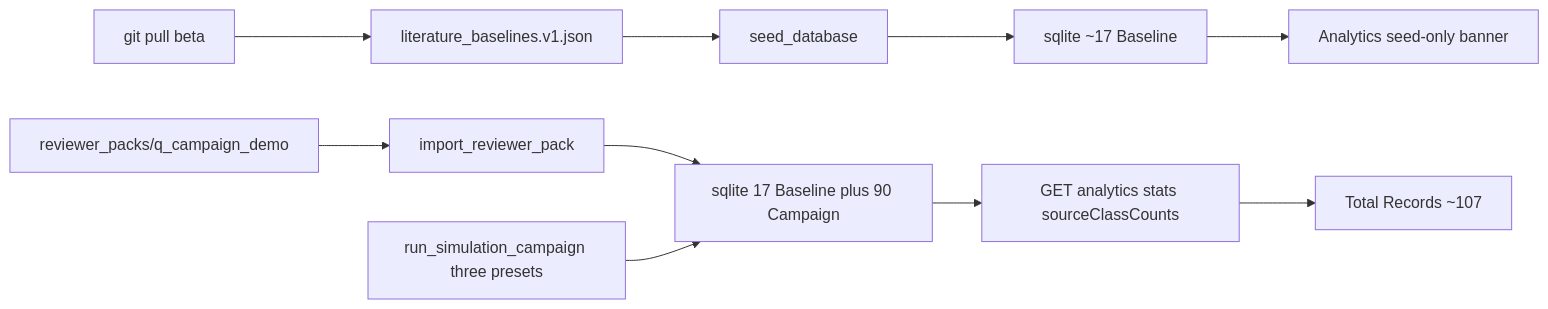
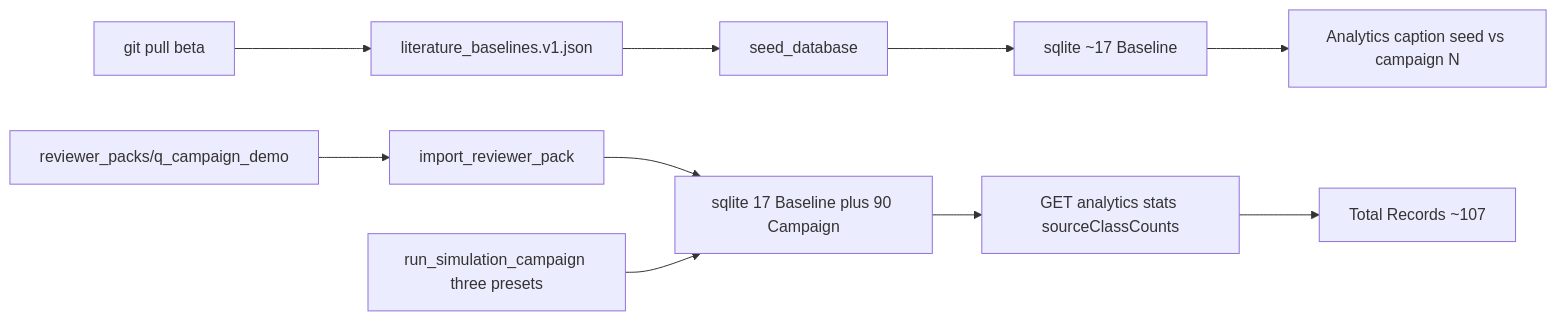
One commit to ConsciousEnergy/lenr_sim_app changed the diagram in docs/ARCHITECTURE/ANALYTICS_PACK_HYDRATE_2026-08-26.md. Above: the diagram before and after it, drawn with Mermaid. The commit also changed 4 other files, not shown here.

First line of the commit message:
feat(analytics): remove seed-only CLI warning banner

````diff
--- a/docs/ARCHITECTURE/ANALYTICS_PACK_HYDRATE_2026-08-26.md
+++ b/docs/ARCHITECTURE/ANALYTICS_PACK_HYDRATE_2026-08-26.md
@@ -10,12 +10,12 @@
 ```mermaid
 flowchart LR
   gitPull["git pull beta"] --> jsonSeeds["literature_baselines.v1.json"]
   jsonSeeds --> seedCli["seed_database"]
   seedCli --> sql17["sqlite ~17 Baseline"]
-  sql17 --> banner["Analytics seed-only banner"]
+  sql17 --> caption["Analytics caption seed vs campaign N"]
   demo["reviewer_packs/q_campaign_demo"] --> importCli["import_reviewer_pack"]
   importCli --> sql107["sqlite 17 Baseline plus 90 Campaign"]
   sql107 --> stats["GET analytics stats sourceClassCounts"]
   stats --> ui["Total Records ~107"]
   live["run_simulation_campaign three presets"] --> sql107
 ```
````
